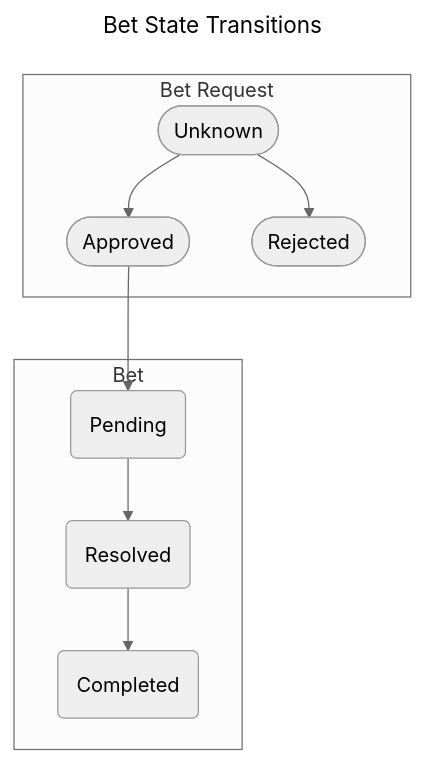
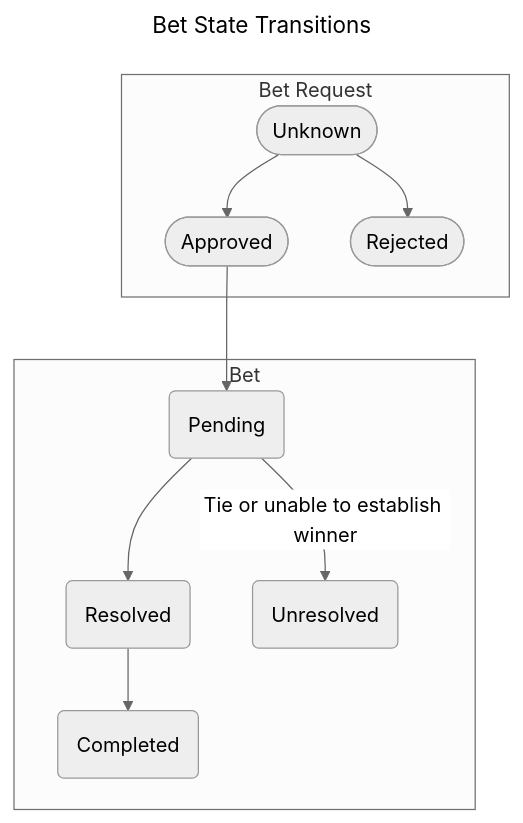
The second of 2 diagrams in documents/01_requirements/use_cases/bet_context.md (radek2s/BetKeeper), drawn with Mermaid (neutral theme) before and after one commit. The commit also changed other lines of this file and 4 other files, not shown here.

````diff
--- a/documents/01_requirements/use_cases/bet_context.md
+++ b/documents/01_requirements/use_cases/bet_context.md
@@ -39,19 +40,20 @@
 ```mermaid
 ---
 title: Bet State Transitions
 ---
 flowchart TB
     subgraph Bet Request
     UNKNOWN(["Unknown"]) --> APPROVED(["Approved"]) 
     UNKNOWN --> REJECTED(["Rejected"]) 
     end
 
     APPROVED --> PENDING
 
     subgraph Bet
     PENDING("Pending") --> RESOLVED("Resolved")
+    PENDING -- Tie or unable to establish winner --> UNRESOLVED("Unresolved")
     RESOLVED --> COMPLETED("Completed")
     end
     
 
 ```
````
